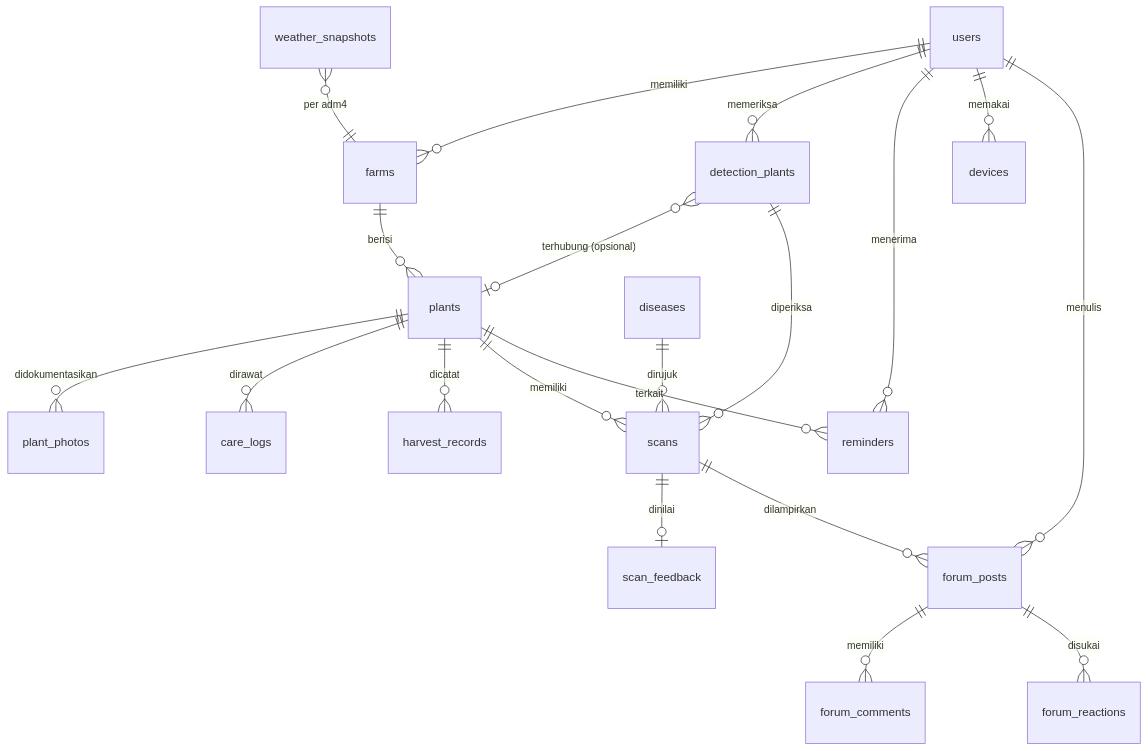
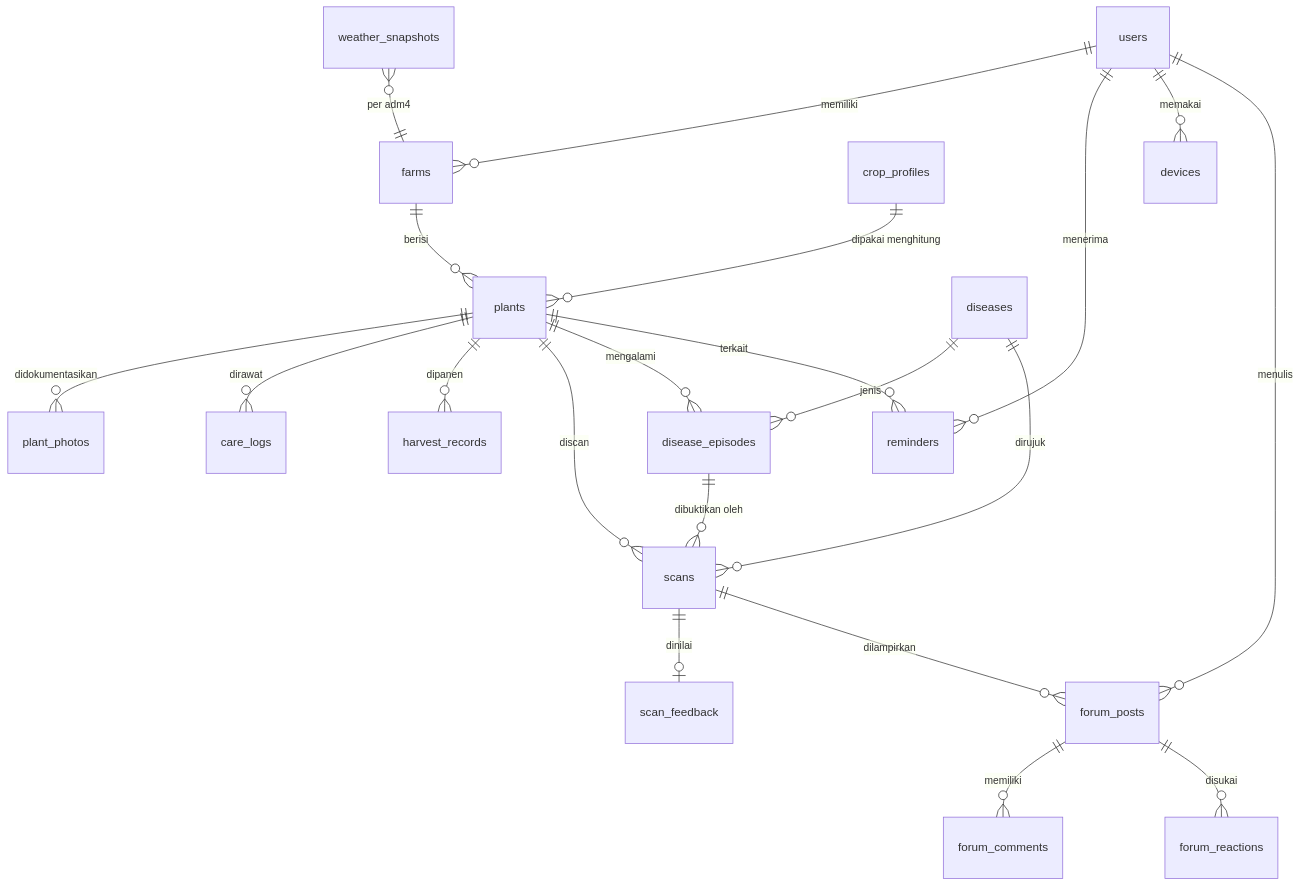
One commit to Hruto/Tanami changed the diagram in docs/design.md. Above: the diagram before and after it, drawn with Mermaid. The commit also changed other lines of this file, not shown here.

````diff
--- a/docs/design.md
+++ b/docs/design.md
@@ -315,22 +481,23 @@
 ```mermaid
 erDiagram
   users ||--o{ farms : memiliki
   farms ||--o{ plants : berisi
+  crop_profiles ||--o{ plants : "dipakai menghitung"
   plants ||--o{ plant_photos : didokumentasikan
   plants ||--o{ care_logs : dirawat
-  plants ||--o{ harvest_records : dicatat
-  users ||--o{ detection_plants : memeriksa
-  detection_plants }o--o| plants : "terhubung (opsional)"
-  detection_plants ||--o{ scans : diperiksa
-  plants ||--o{ scans : memiliki
+  plants ||--o{ harvest_records : dipanen
+  plants ||--o{ scans : discan
+  plants ||--o{ disease_episodes : mengalami
+  disease_episodes ||--o{ scans : "dibuktikan oleh"
+  diseases ||--o{ disease_episodes : jenis
+  diseases ||--o{ scans : dirujuk
   scans ||--o| scan_feedback : dinilai
   users ||--o{ reminders : menerima
   plants ||--o{ reminders : terkait
   users ||--o{ devices : memakai
   users ||--o{ forum_posts : menulis
   forum_posts ||--o{ forum_comments : memiliki
   forum_posts ||--o{ forum_reactions : disukai
   scans ||--o{ forum_posts : dilampirkan
-  diseases ||--o{ scans : dirujuk
   weather_snapshots }o--|| farms : "per adm4"
 ```
````
